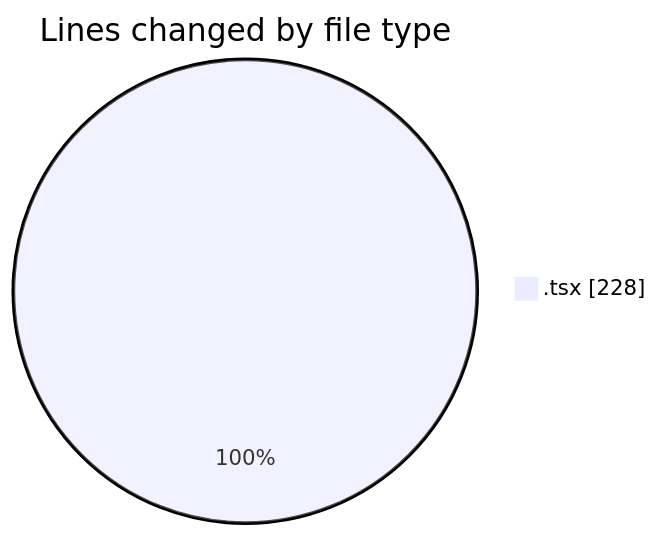
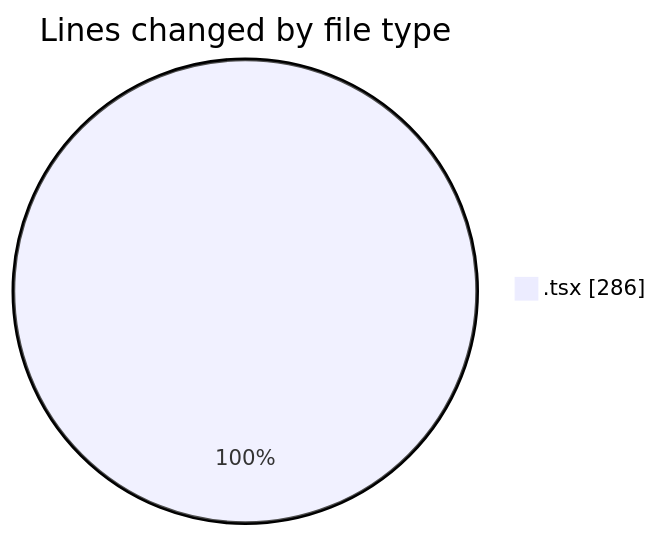
The first of 2 diagrams in 2025-04-22/indesign/README.md (Elitesun/code-tracking), drawn with Mermaid before and after one commit. The commit also changed other lines of this file and 1 other file, not shown here.

````diff
--- a/2025-04-22/indesign/README.md
+++ b/2025-04-22/indesign/README.md
@@ -22,5 +23,5 @@
 ```mermaid
 pie showData
 title Lines changed by file type
-".tsx" : 228
+".tsx" : 286
 ```
````
